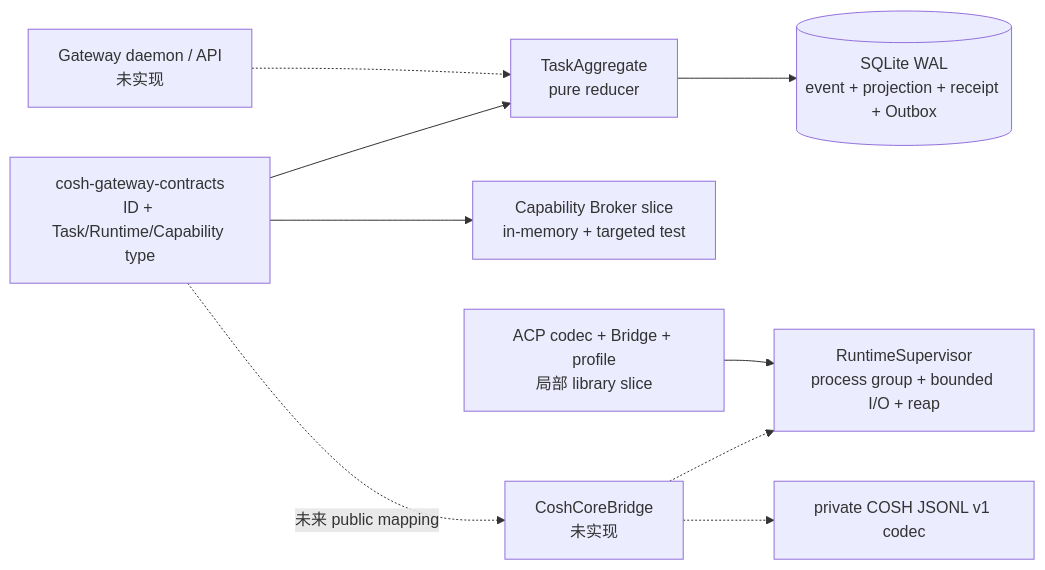
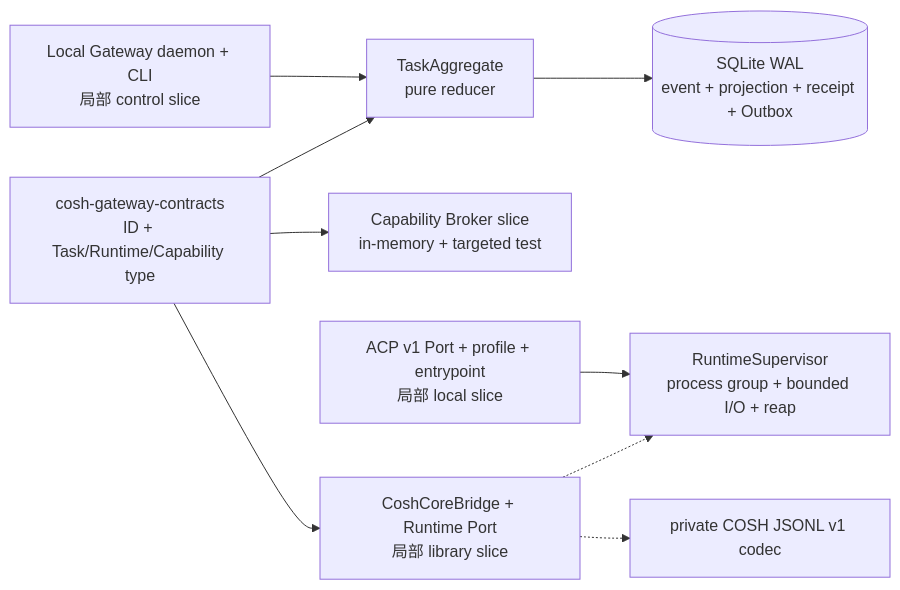
One commit to 1570005763/anolisa changed the first of 4 diagrams in src/cosh-ng/docs/design/acp-v1-phase-0-2/architecture_zh.md. Above: the diagram before and after it, drawn with Mermaid. The commit also changed other lines of this file and 25 other files, not shown here.

First line of the commit message:
feat(cosh-ng): [gateway] add local daemon

````diff
--- a/src/cosh-ng/docs/design/acp-v1-phase-0-2/architecture_zh.md
+++ b/src/cosh-ng/docs/design/acp-v1-phase-0-2/architecture_zh.md
@@ -40,21 +40,21 @@
 ```mermaid
 flowchart LR
     CT["cosh-gateway-contracts\nID + Task/Runtime/Capability type"]
     RED["TaskAggregate\npure reducer"]
     DB[("SQLite WAL\nevent + projection + receipt + Outbox")]
     RS["RuntimeSupervisor\nprocess group + bounded I/O + reap"]
     CJ["private COSH JSONL v1 codec"]
     CAP["Capability Broker slice\nin-memory + targeted test"]
-    API["Gateway daemon / API\n未实现"]
-    CCB["CoshCoreBridge\n未实现"]
-    ACP["ACP codec + Bridge + profile\n局部 library slice"]
+    API["Local Gateway daemon + CLI\n局部 control slice"]
+    CCB["CoshCoreBridge + Runtime Port\n局部 library slice"]
+    ACP["ACP v1 Port + profile + entrypoint\n局部 local slice"]
 
     CT --> RED
     RED --> DB
     CT --> CAP
-    CT -.->|未来 public mapping| CCB
-    API -.-> RED
+    CT --> CCB
+    API --> RED
     CCB -.-> RS
     CCB -.-> CJ
     ACP --> RS
 ```
````
